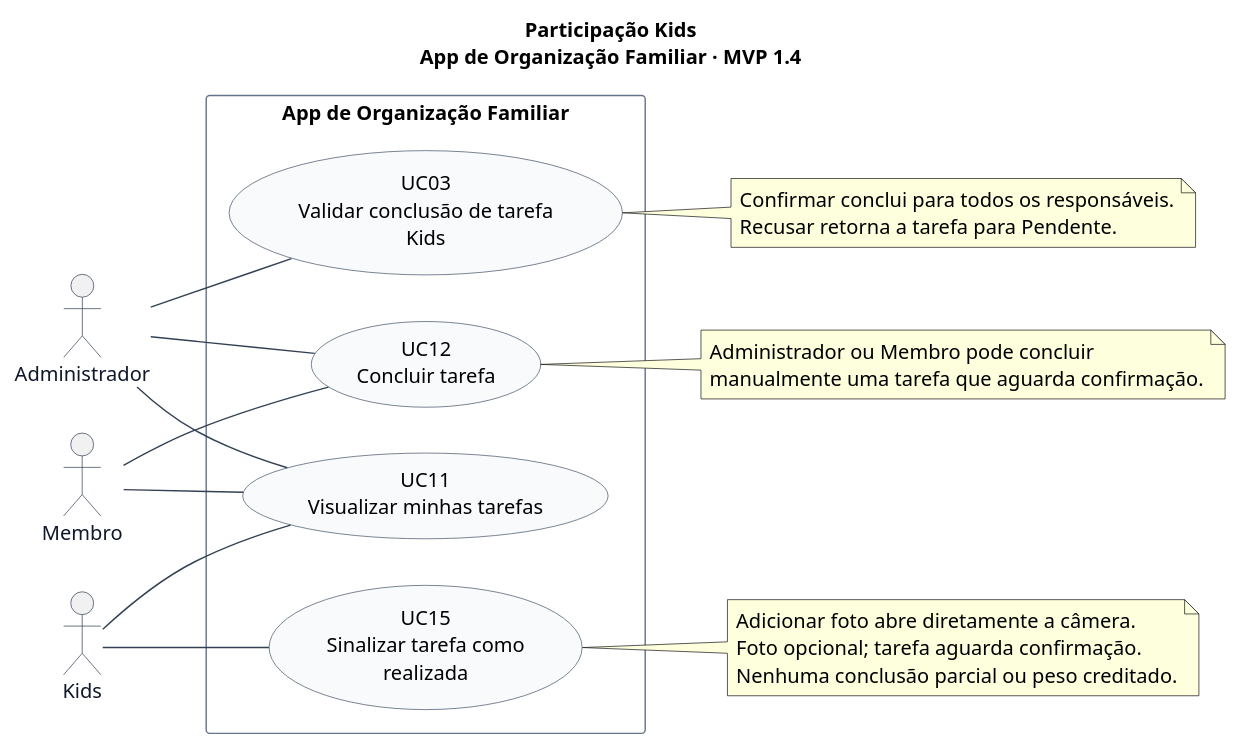
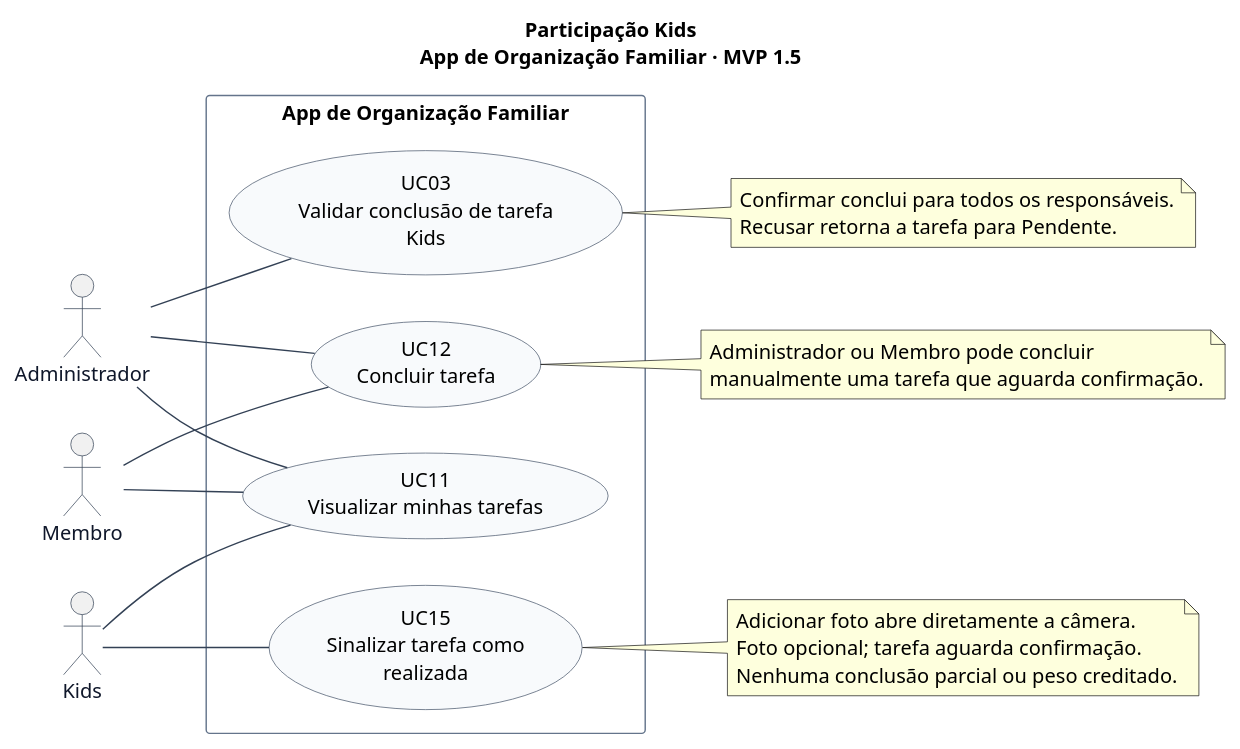
One commit to lizandramalta/App-Rotina-Familiar changed the diagram in docs/diagramas/casos-de-uso/04-participacao-kids.puml. Above: the diagram before and after it, drawn with PlantUML. The commit also changed 25 other files, not shown here.

```diff
--- a/docs/diagramas/casos-de-uso/04-participacao-kids.puml
+++ b/docs/diagramas/casos-de-uso/04-participacao-kids.puml
@@ -1,51 +1,51 @@
 @startuml
 ' Fonte editável. Renderização: java -jar plantuml.jar -charset UTF-8 -tsvg *.puml
 left to right direction
 skinparam shadowing false
 skinparam backgroundColor white
 skinparam defaultFontName SansSerif
 skinparam defaultFontSize 14
 skinparam ArrowColor #334155
 skinparam actorBorderColor #334155
 skinparam actorFontColor #0F172A
 skinparam usecaseBackgroundColor #F8FAFC
 skinparam usecaseBorderColor #475569
 skinparam rectangleBorderColor #64748B
 skinparam packageStyle rectangle
 skinparam nodesep 32
 skinparam ranksep 55
-title Participação Kids\nApp de Organização Familiar · MVP 1.4
+title Participação Kids\nApp de Organização Familiar · MVP 1.5
 
 actor "Administrador" as Admin
 actor "Membro" as Membro
 actor "Kids" as Kids
 
 rectangle "App de Organização Familiar" {
   usecase "UC11\nVisualizar minhas tarefas" as UC11
   usecase "UC15\nSinalizar tarefa como\nrealizada" as UC15
   usecase "UC03\nValidar conclusão de tarefa\nKids" as UC03
   usecase "UC12\nConcluir tarefa" as UC12
 }
 
 Admin -- UC03
 Admin -- UC11
 Admin -- UC12
 Membro -- UC11
 Membro -- UC12
 Kids -- UC11
 Kids -- UC15
 note right of UC15
   Adicionar foto abre diretamente a câmera.
   Foto opcional; tarefa aguarda confirmação.
   Nenhuma conclusão parcial ou peso creditado.
 end note
 note right of UC03
   Confirmar conclui para todos os responsáveis.
   Recusar retorna a tarefa para Pendente.
 end note
 note right of UC12
   Administrador ou Membro pode concluir
   manualmente uma tarefa que aguarda confirmação.
 end note
 
 @enduml
```
